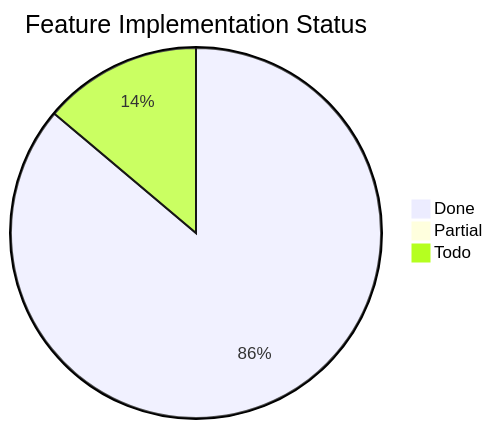
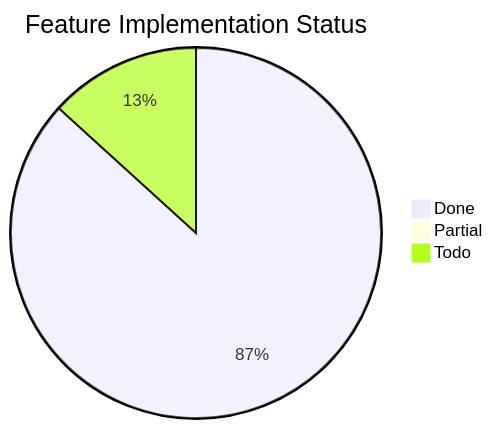
One commit to Papyrine/Morph changed the third of 3 diagrams in docs/word-features.md. Above: the diagram before and after it, drawn with Mermaid. The commit also changed other lines of this file and 16 other files, not shown here.

````diff
--- a/docs/word-features.md
+++ b/docs/word-features.md
@@ -2202,6 +2207,6 @@
 ```mermaid
 pie title Feature Implementation Status
-    "Done" : 143
+    "Done" : 144
     "Partial" : 0
-    "Todo" : 23
+    "Todo" : 22
 ```
````
